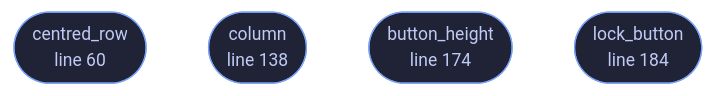
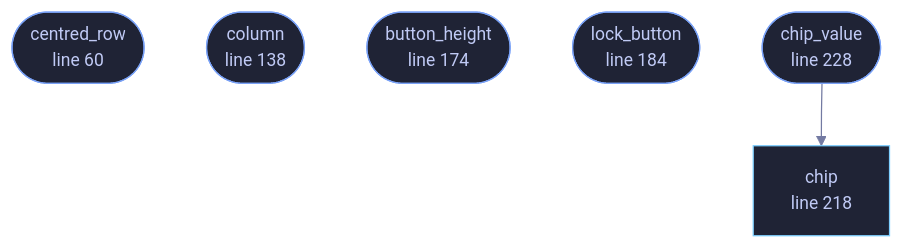
The diagram in docs/files/veilvoice-gui/layout.md (tilas01/veilvoice), drawn with Mermaid before and after one commit. The commit also changed other lines of this file and 65 other files, not shown here.

````diff
--- a/docs/files/veilvoice-gui/layout.md
+++ b/docs/files/veilvoice-gui/layout.md
@@ -102,14 +104,21 @@
 ```mermaid
 %%{init: {"theme":"base","themeVariables":{"background":"#1a1b26","primaryColor":"#1f2335","primaryTextColor":"#c0caf5","primaryBorderColor":"#7aa2f7","secondaryColor":"#16161e","tertiaryColor":"#16161e","lineColor":"#737aa2","textColor":"#c0caf5","mainBkg":"#1f2335","nodeBorder":"#7aa2f7","clusterBkg":"#16161e","clusterBorder":"#2f3549","fontFamily":"ui-monospace, SFMono-Regular, Consolas, monospace","fontSize":"14px"}}}%%
 flowchart TD
     n_centred_row(["centred_row<br/>line 60"])
     n_column(["column<br/>line 138"])
     n_button_height(["button_height<br/>line 174"])
     n_lock_button(["lock_button<br/>line 184"])
+    n_chip["chip<br/>line 218"]
+    n_chip_value(["chip_value<br/>line 228"])
+    n_chip_value --> n_chip
     click n_centred_row href "https://github.com/tilas01/veilvoice/blob/main/crates/veilvoice-gui/src/layout.rs#L60" "open the source"
     click n_column href "https://github.com/tilas01/veilvoice/blob/main/crates/veilvoice-gui/src/layout.rs#L138" "open the source"
     click n_button_height href "https://github.com/tilas01/veilvoice/blob/main/crates/veilvoice-gui/src/layout.rs#L174" "open the source"
     click n_lock_button href "https://github.com/tilas01/veilvoice/blob/main/crates/veilvoice-gui/src/layout.rs#L184" "open the source"
+    click n_chip href "https://github.com/tilas01/veilvoice/blob/main/crates/veilvoice-gui/src/layout.rs#L218" "open the source"
+    click n_chip_value href "https://github.com/tilas01/veilvoice/blob/main/crates/veilvoice-gui/src/layout.rs#L228" "open the source"
     classDef entry fill:#1f2335,stroke:#7aa2f7,color:#c0caf5
-    class n_centred_row,n_column,n_button_height,n_lock_button entry
+    class n_centred_row,n_column,n_button_height,n_lock_button,n_chip_value entry
+    classDef api fill:#1f2335,stroke:#7dcfff,color:#c0caf5
+    class n_chip api
 ```
````
